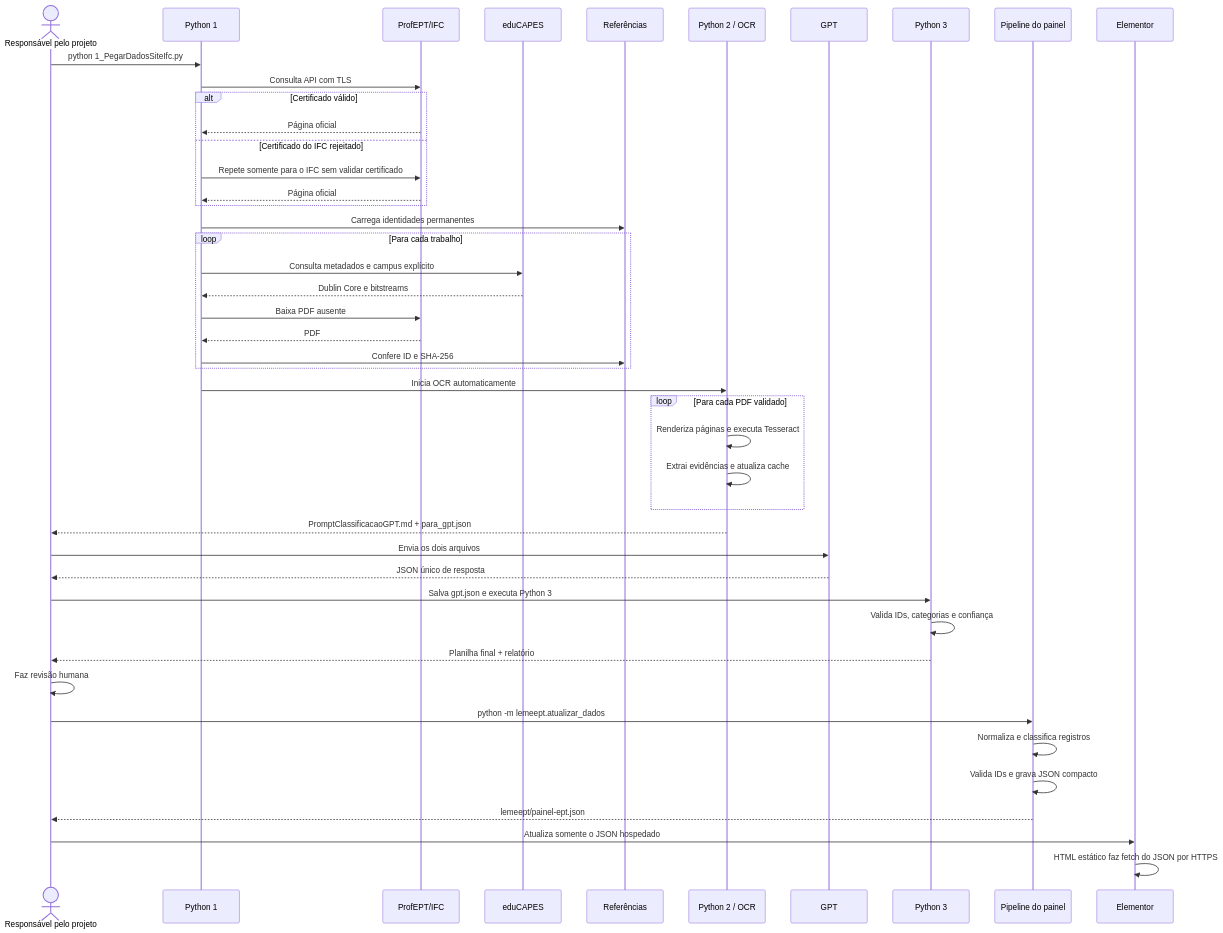
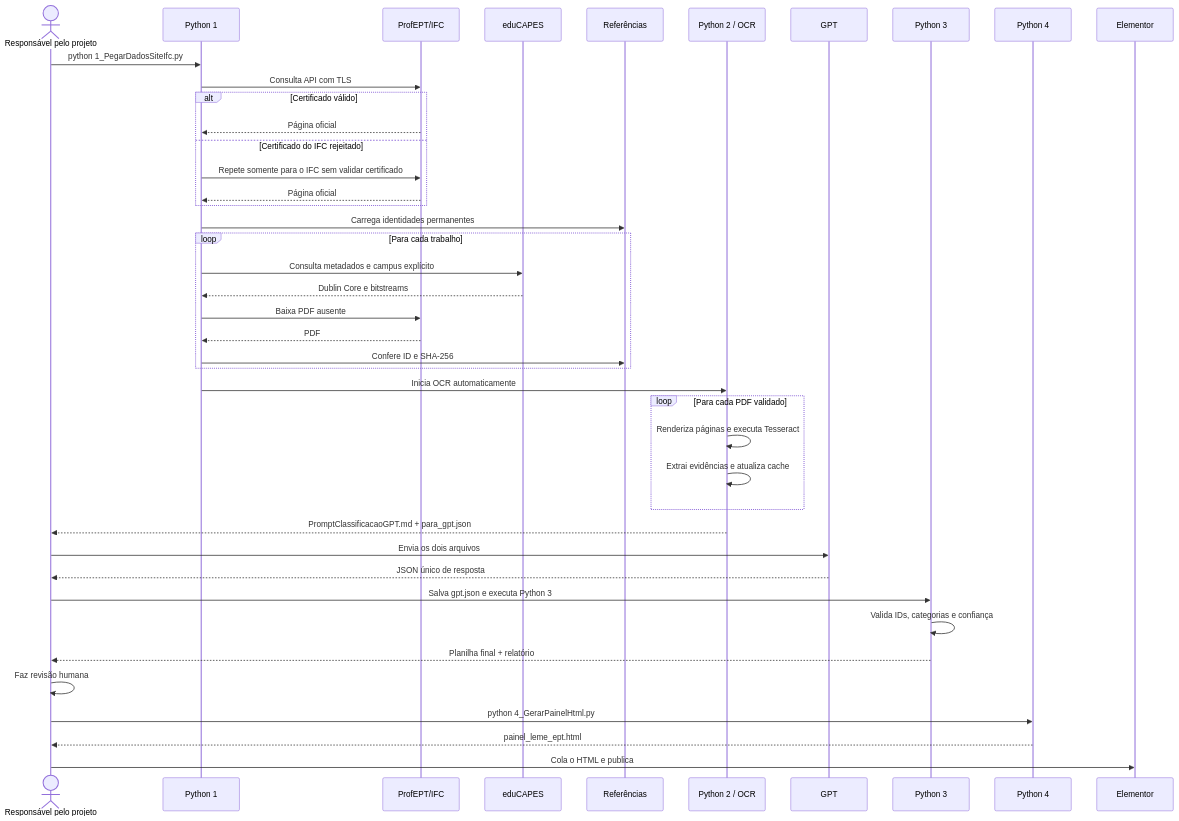
The fourth of 8 diagrams in DIAGRAMAS.md (regi-lpf/lemeept), drawn with Mermaid before and after one commit. The commit also changed other lines of this file and 23 other files, not shown here.

````diff
--- a/DIAGRAMAS.md
+++ b/DIAGRAMAS.md
@@ -348,48 +246,45 @@
 ```mermaid
 sequenceDiagram
     actor Pessoa as Responsável pelo projeto
     participant E1 as Python 1
     participant IFC as ProfEPT/IFC
     participant EDU as eduCAPES
     participant REF as Referências
     participant E2 as Python 2 / OCR
     participant GPT as GPT
     participant E3 as Python 3
-    participant PIPE as Pipeline do painel
+    participant E4 as Python 4
     participant WP as Elementor
 
     Pessoa->>E1: python 1_PegarDadosSiteIfc.py
     E1->>IFC: Consulta API com TLS
     alt Certificado válido
         IFC-->>E1: Página oficial
     else Certificado do IFC rejeitado
         E1->>IFC: Repete somente para o IFC sem validar certificado
         IFC-->>E1: Página oficial
     end
     E1->>REF: Carrega identidades permanentes
     loop Para cada trabalho
         E1->>EDU: Consulta metadados e campus explícito
         EDU-->>E1: Dublin Core e bitstreams
         E1->>IFC: Baixa PDF ausente
         IFC-->>E1: PDF
         E1->>REF: Confere ID e SHA-256
     end
     E1->>E2: Inicia OCR automaticamente
     loop Para cada PDF validado
         E2->>E2: Renderiza páginas e executa Tesseract
         E2->>E2: Extrai evidências e atualiza cache
     end
     E2-->>Pessoa: PromptClassificacaoGPT.md + para_gpt.json
     Pessoa->>GPT: Envia os dois arquivos
     GPT-->>Pessoa: JSON único de resposta
     Pessoa->>E3: Salva gpt.json e executa Python 3
     E3->>E3: Valida IDs, categorias e confiança
     E3-->>Pessoa: Planilha final + relatório
     Pessoa->>Pessoa: Faz revisão humana
-    Pessoa->>PIPE: python -m lemeept.atualizar_dados
-    PIPE->>PIPE: Normaliza e classifica registros
-    PIPE->>PIPE: Valida IDs e grava JSON compacto
-    PIPE-->>Pessoa: lemeept/painel-ept.json
-    Pessoa->>WP: Atualiza somente o JSON hospedado
-    WP->>WP: HTML estático faz fetch do JSON por HTTPS
+    Pessoa->>E4: python 4_GerarPainelHtml.py
+    E4-->>Pessoa: painel_leme_ept.html
+    Pessoa->>WP: Cola o HTML e publica
 ```
````
